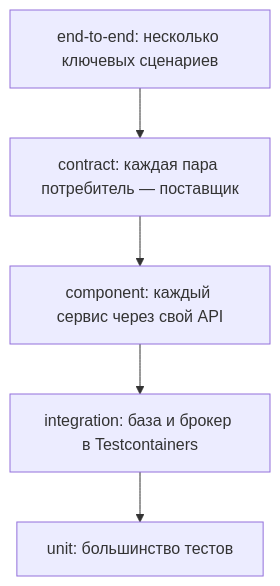
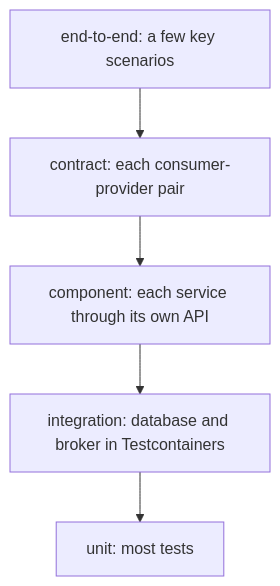
The second of 3 diagrams in courses-content/backend/B/1/en/0.7 Контракты и тестирование.md (pavel-skripko-innowise/inno-fe-be-a1), drawn with Mermaid before and after one commit. The commit also changed other lines of this file and 35 other files, not shown here.

````diff
--- a/courses-content/backend/B/1/en/0.7 Контракты и тестирование.md
+++ b/courses-content/backend/B/1/en/0.7 Контракты и тестирование.md
@@ -103,7 +103,7 @@
 ```mermaid
 flowchart TB
-  E2e["end-to-end: несколько ключевых сценариев"] --> Contract["contract: каждая пара потребитель — поставщик"]
-  Contract --> Component["component: каждый сервис через свой API"]
-  Component --> Integration["integration: база и брокер в Testcontainers"]
-  Integration --> Unit["unit: большинство тестов"]
+  E2e["end-to-end: a few key scenarios"] --> Contract["contract: each consumer-provider pair"]
+  Contract --> Component["component: each service through its own API"]
+  Component --> Integration["integration: database and broker in Testcontainers"]
+  Integration --> Unit["unit: most tests"]
 ```
````
